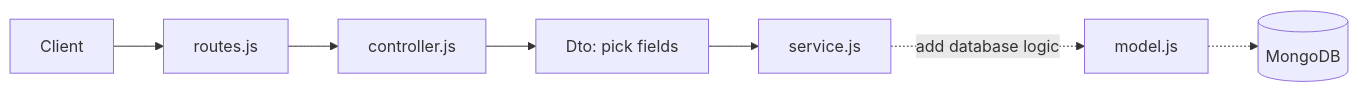
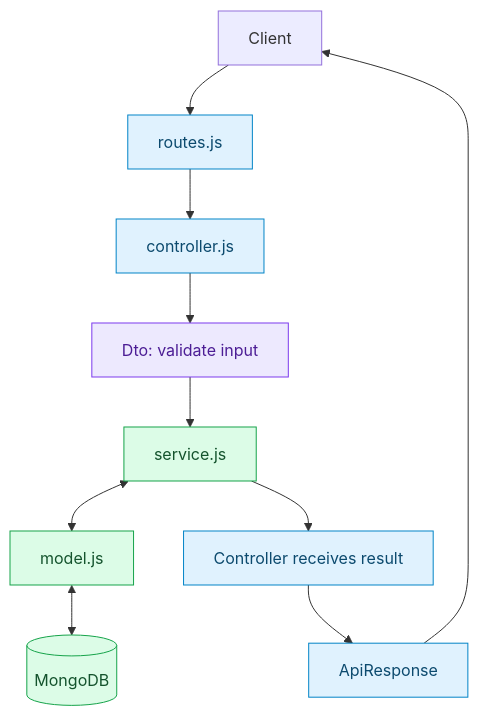
One commit to real-VrajSoni/express-mongo-start changed the diagram in README.md. Above: the diagram before and after it, drawn with Mermaid. The commit also changed other lines of this file and 35 other files, not shown here.

````diff
--- a/README.md
+++ b/README.md
@@ -123,9 +247,19 @@
 ```mermaid
-flowchart LR
-    A[Client] --> B[routes.js]
-    B --> C[controller.js]
-    C --> D[Dto: pick fields]
-    D --> E[service.js]
-    E -. add database logic .-> F[model.js]
-    F -.-> G[(MongoDB)]
+flowchart TD
+    Client[Client] --> Routes[routes.js]
+    Routes --> Controller[controller.js]
+    Controller --> DTO[Dto: validate input]
+    DTO --> Service[service.js]
+    Service <--> Model[model.js]
+    Model <--> DB[(MongoDB)]
+    Service --> Result[Controller receives result]
+    Result --> Response[ApiResponse]
+    Response --> Client
+
+    classDef api fill:#e0f2fe,stroke:#0284c7,color:#0c4a6e;
+    classDef input fill:#ede9fe,stroke:#7c3aed,color:#4c1d95;
+    classDef data fill:#dcfce7,stroke:#16a34a,color:#14532d;
+    class Routes,Controller,Result,Response api;
+    class DTO input;
+    class Service,Model,DB data;
 ```
````
